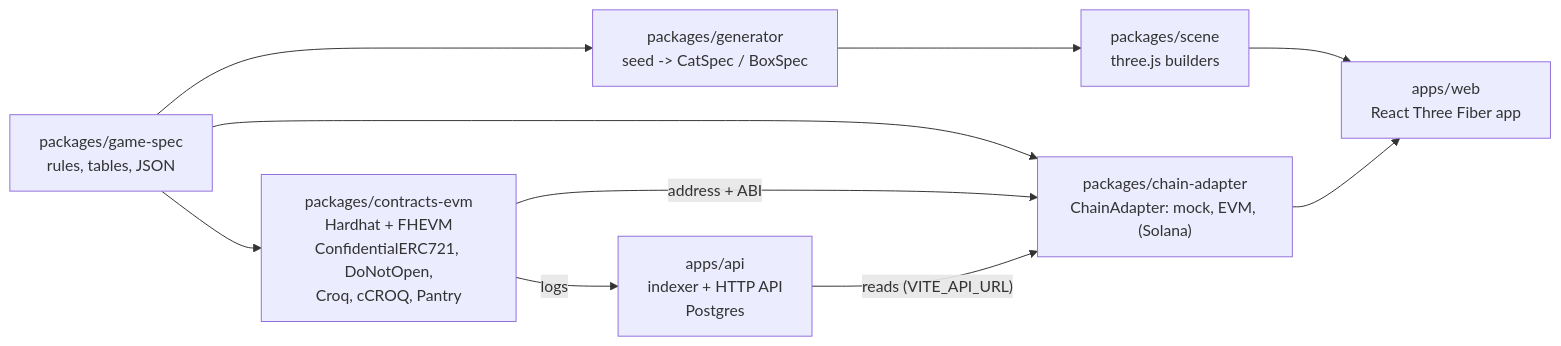
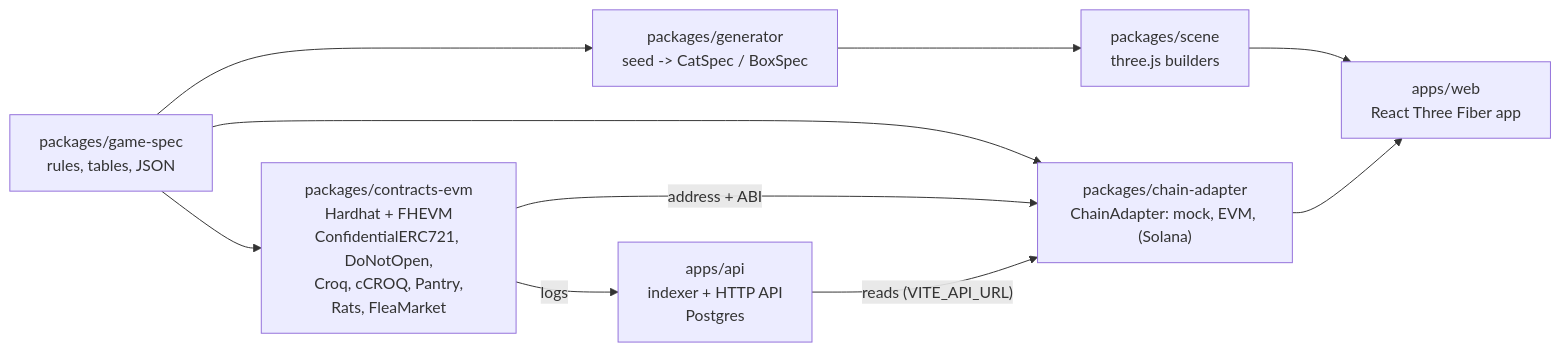
Before and after one commit to jecombe/do_not_open: the first of 3 diagrams in README.md, drawn with Mermaid. The commit also changed other lines of this file and 53 other files, not shown here.

Commit message:
Open the flea market, where players sell boxes, cats and rats in cUSDC at a public price or to a secret offer

````diff
--- a/README.md
+++ b/README.md
@@ -44,16 +45,16 @@
 ```mermaid
 flowchart LR
   spec["packages/game-spec<br/>rules, tables, JSON"]
   gen["packages/generator<br/>seed -> CatSpec / BoxSpec"]
   scene["packages/scene<br/>three.js builders"]
   web["apps/web<br/>React Three Fiber app"]
-  evm["packages/contracts-evm<br/>Hardhat + FHEVM<br/>ConfidentialERC721, DoNotOpen,<br/>Croq, cCROQ, Pantry"]
+  evm["packages/contracts-evm<br/>Hardhat + FHEVM<br/>ConfidentialERC721, DoNotOpen,<br/>Croq, cCROQ, Pantry,<br/>Rats, FleaMarket"]
   adapter["packages/chain-adapter<br/>ChainAdapter: mock, EVM, (Solana)"]
   api["apps/api<br/>indexer + HTTP API<br/>Postgres"]
 
   spec --> gen --> scene --> web
   spec --> evm
   spec --> adapter
   evm -- address + ABI --> adapter --> web
   evm -- logs --> api -- "reads (VITE_API_URL)" --> adapter
 ```
````
